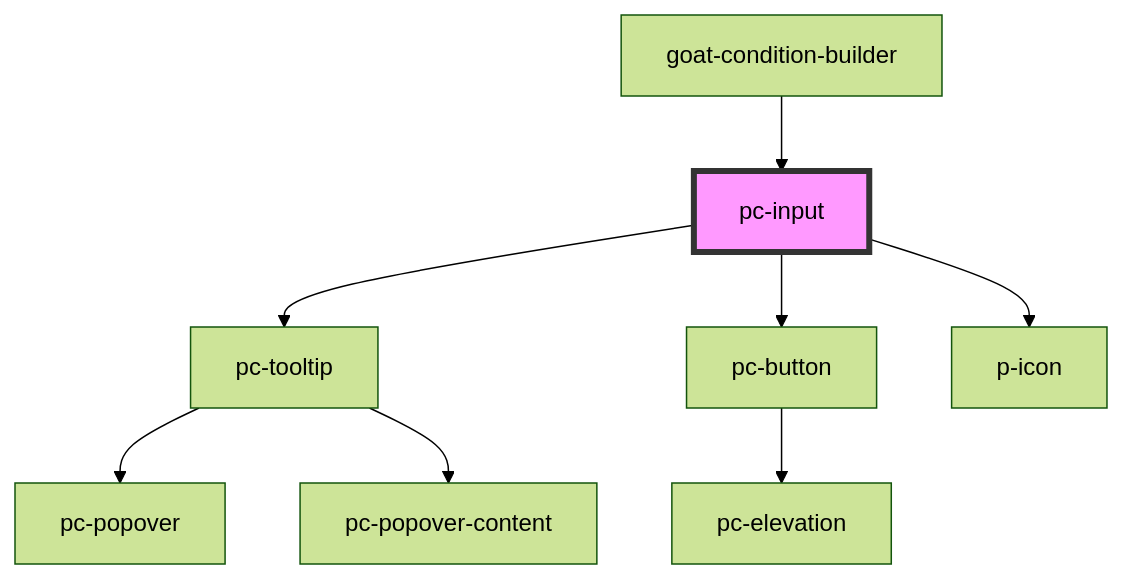
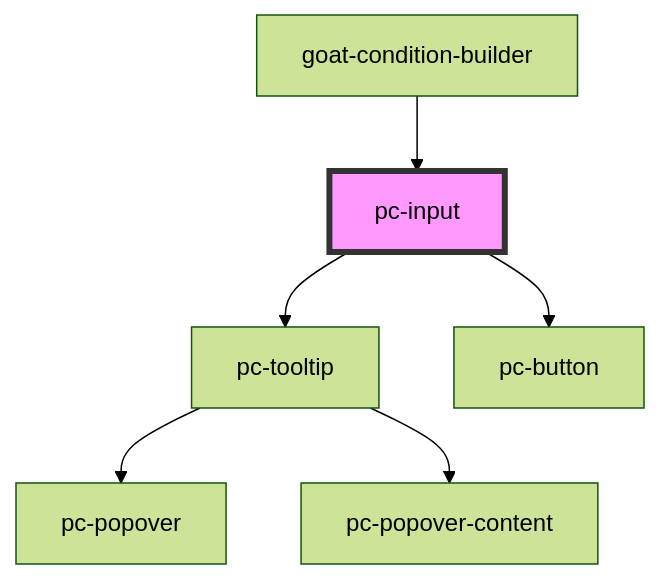
One commit to redvars/peacock changed the diagram in src/components/input-controls/input/input/readme.md. Above: the diagram before and after it, drawn with Mermaid (forest theme). The commit also changed other lines of this file and 135 other files, not shown here.

````diff
--- a/src/components/input-controls/input/input/readme.md
+++ b/src/components/input-controls/input/input/readme.md
@@ -91,11 +90,9 @@
 ```mermaid
 graph TD;
   pc-input --> pc-tooltip
   pc-input --> pc-button
-  pc-input --> p-icon
   pc-tooltip --> pc-popover
   pc-tooltip --> pc-popover-content
-  pc-button --> pc-elevation
   goat-condition-builder --> pc-input
   style pc-input fill:#f9f,stroke:#333,stroke-width:4px
 ```
````
